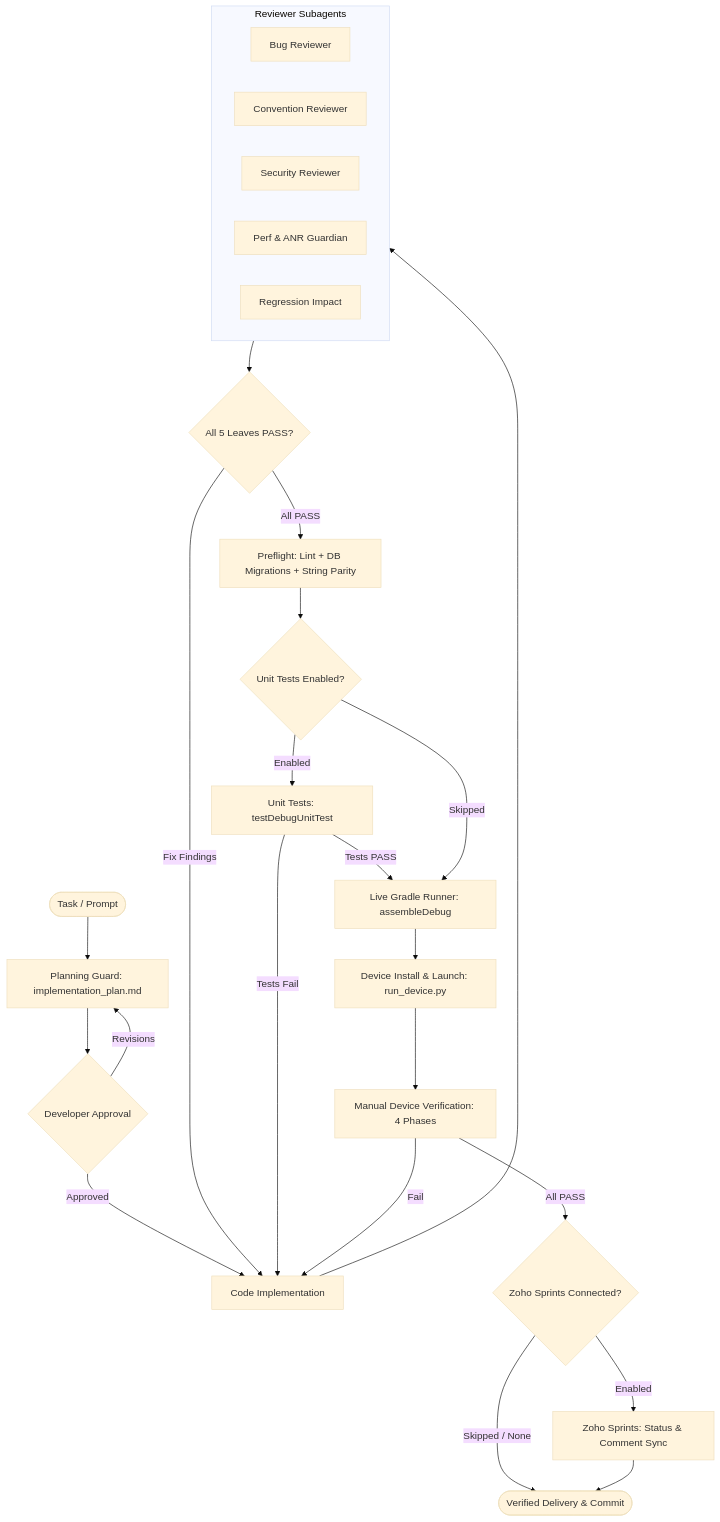
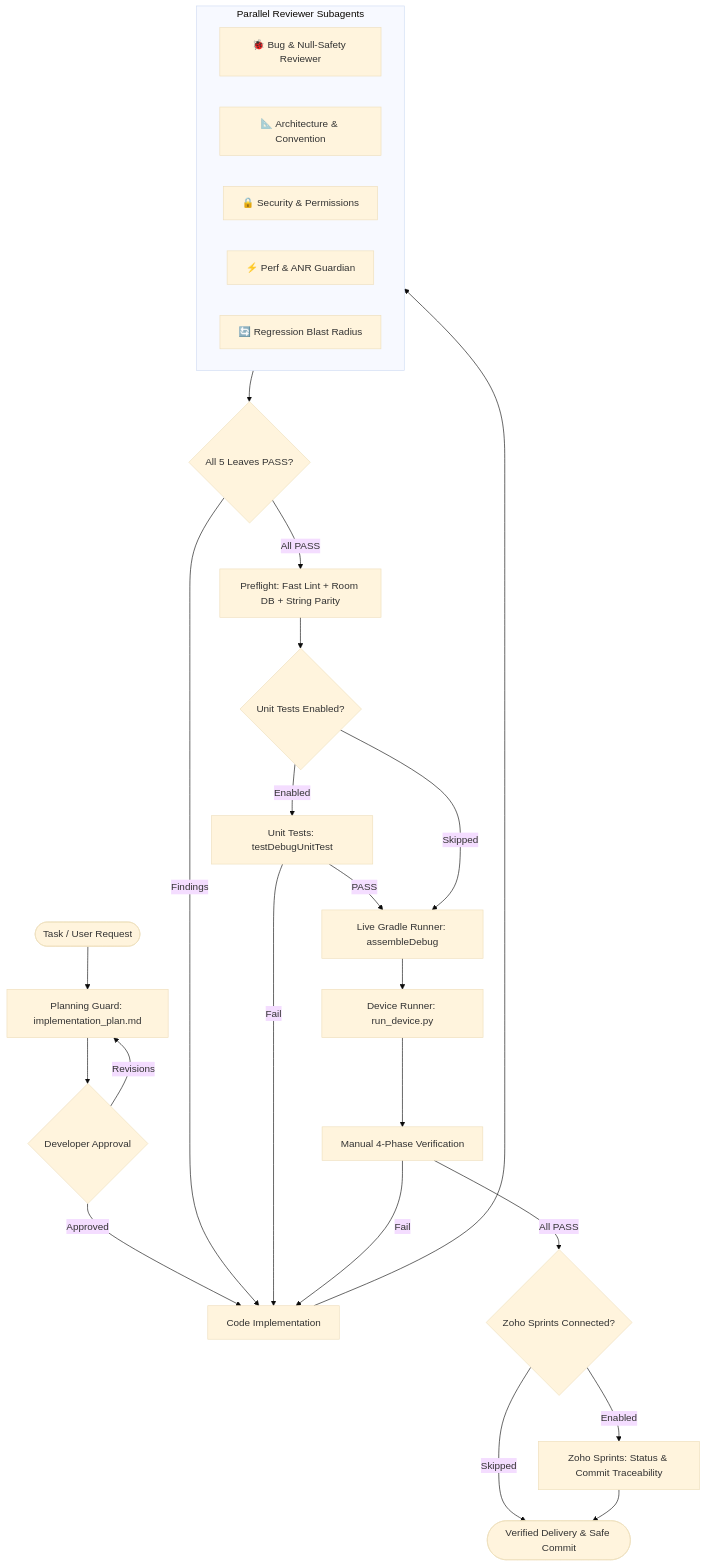
One commit to rabee-elkholy/android-agent-harness changed the diagram in README.md. Above: the diagram before and after it, drawn with Mermaid (base theme). The commit also changed other lines of this file and 12 other files, not shown here.

Commit message:
docs: elevate repository to Tier-1 open-source standards with CI workflows, community health files, and architecture guides

````diff
--- a/README.md
+++ b/README.md
@@ -38,32 +57,32 @@
 ```mermaid
 flowchart TD
-    Start(["Task / Prompt"]) --> Plan["Planning Guard: implementation_plan.md"]
+    Start(["Task / User Request"]) --> Plan["Planning Guard: implementation_plan.md"]
     Plan --> Approval{"Developer Approval"}
     Approval -- Approved --> Code["Code Implementation"]
     Approval -- Revisions --> Plan
     Code --> ReviewGate["Five-Leaf Parallel Review Gate"]
     
-    subgraph ReviewGate ["Reviewer Subagents"]
-        R1["Bug Reviewer"]
-        R2["Convention Reviewer"]
-        R3["Security Reviewer"]
-        R4["Perf & ANR Guardian"]
-        R5["Regression Impact"]
+    subgraph ReviewGate ["Parallel Reviewer Subagents"]
+        R1["🐞 Bug & Null-Safety Reviewer"]
+        R2["📐 Architecture & Convention"]
+        R3["🔒 Security & Permissions"]
+        R4["⚡ Perf & ANR Guardian"]
+        R5["🔄 Regression Blast Radius"]
     end
     
     ReviewGate --> Verdict{"All 5 Leaves PASS?"}
-    Verdict -- Fix Findings --> Code
-    Verdict -- All PASS --> Preflight["Preflight: Lint + DB Migrations + String Parity"]
+    Verdict -- Findings --> Code
+    Verdict -- All PASS --> Preflight["Preflight: Fast Lint + Room DB + String Parity"]
     Preflight --> TestCheck{"Unit Tests Enabled?"}
     TestCheck -- Enabled --> UnitTests["Unit Tests: testDebugUnitTest"]
-    UnitTests -- Tests Fail --> Code
-    UnitTests -- Tests PASS --> Gradle["Live Gradle Runner: assembleDebug"]
+    UnitTests -- Fail --> Code
+    UnitTests -- PASS --> Gradle["Live Gradle Runner: assembleDebug"]
     TestCheck -- Skipped --> Gradle
-    Gradle --> Device["Device Install & Launch: run_device.py"]
-    Device --> ManualSignoff["Manual Device Verification: 4 Phases"]
+    Gradle --> Device["Device Runner: run_device.py"]
+    Device --> ManualSignoff["Manual 4-Phase Verification"]
     ManualSignoff -- Fail --> Code
     ManualSignoff -- All PASS --> ZohoCheck{"Zoho Sprints Connected?"}
-    ZohoCheck -- Enabled --> Zoho["Zoho Sprints: Status & Comment Sync"]
-    ZohoCheck -- Skipped / None --> Finish(["Verified Delivery & Commit"])
+    ZohoCheck -- Enabled --> Zoho["Zoho Sprints: Status & Commit Traceability"]
+    ZohoCheck -- Skipped --> Finish(["Verified Delivery & Safe Commit"])
     Zoho --> Finish
 ```
````
